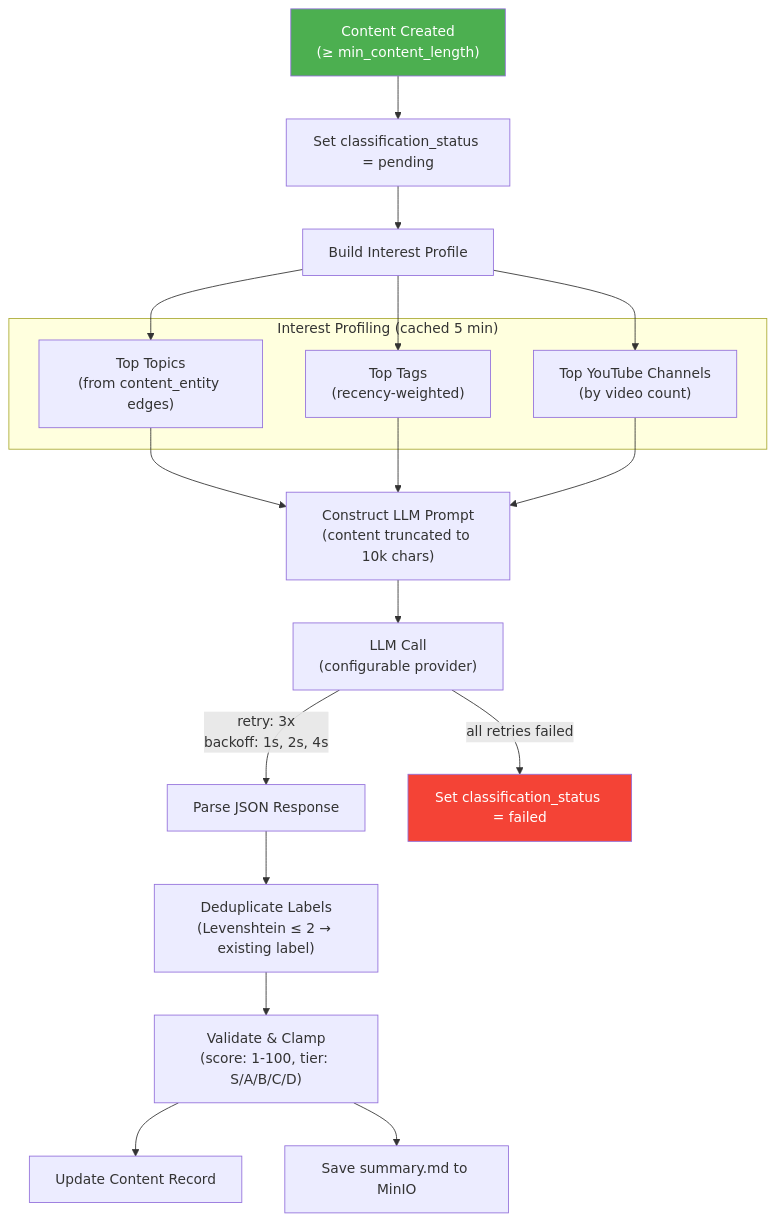
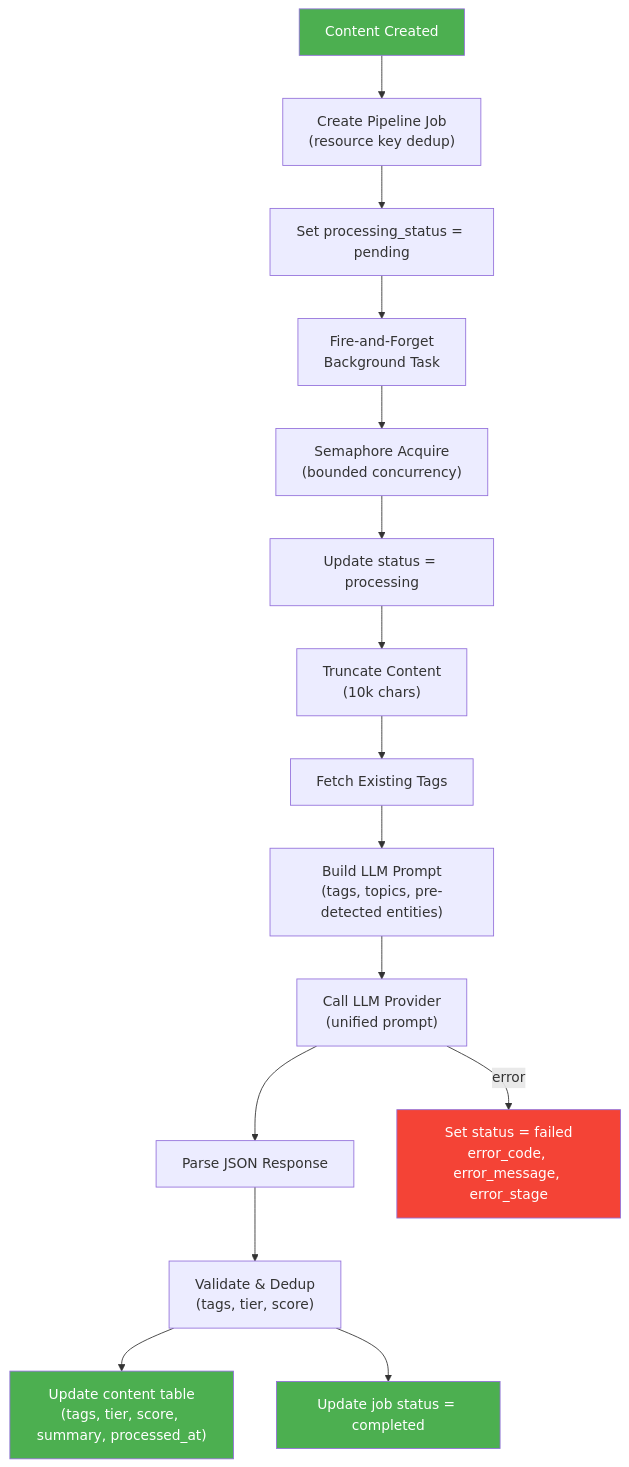
One commit to ilude/menos changed the eighth of 9 diagrams in docs/ingest-pipeline.md. Above: the diagram before and after it, drawn with Mermaid. The commit also changed other lines of this file and 46 other files, not shown here.

````diff
--- a/docs/ingest-pipeline.md
+++ b/docs/ingest-pipeline.md
@@ -203,27 +202,26 @@
 ```mermaid
 flowchart TD
-    TRIGGER["Content Created\n(≥ min_content_length)"] --> STATUS["Set classification_status = pending"]
-    STATUS --> PROFILE["Build Interest Profile"]
+    TRIGGER["Content Created"] --> SUBMIT["Create Pipeline Job\n(resource key dedup)"]
+    SUBMIT --> STATUS["Set processing_status = pending"]
+    STATUS --> BG["Fire-and-Forget\nBackground Task"]
 
-    subgraph Profile["Interest Profiling (cached 5 min)"]
-        TOPICS["Top Topics\n(from content_entity edges)"]
-        TAGS["Top Tags\n(recency-weighted)"]
-        CHANNELS["Top YouTube Channels\n(by video count)"]
-    end
+    BG --> SEM["Semaphore Acquire\n(bounded concurrency)"]
+    SEM --> PROCESSING["Update status = processing"]
+    PROCESSING --> TRUNCATE["Truncate Content\n(10k chars)"]
+    TRUNCATE --> TAGS["Fetch Existing Tags"]
+    TAGS --> PROMPT["Build LLM Prompt\n(tags, topics, pre-detected entities)"]
 
-    PROFILE --> TOPICS & TAGS & CHANNELS
-    TOPICS & TAGS & CHANNELS --> PROMPT["Construct LLM Prompt\n(content truncated to 10k chars)"]
+    PROMPT --> LLM["Call LLM Provider\n(unified prompt)"]
+    LLM --> PARSE["Parse JSON Response"]
 
-    PROMPT --> LLM["LLM Call\n(configurable provider)"]
-    LLM -->|"retry: 3x\nbackoff: 1s, 2s, 4s"| PARSE["Parse JSON Response"]
+    PARSE --> VALIDATE["Validate & Dedup\n(tags, tier, score)"]
+    VALIDATE --> SAVE_CONTENT["Update content table\n(tags, tier, score, summary, processed_at)"]
+    VALIDATE --> SAVE_JOB["Update job status = completed"]
 
-    PARSE --> DEDUP["Deduplicate Labels\n(Levenshtein ≤ 2 → existing label)"]
-    DEDUP --> CLAMP["Validate & Clamp\n(score: 1-100, tier: S/A/B/C/D)"]
-    CLAMP --> SAVE["Update Content Record"]
-    CLAMP --> SUMMARY["Save summary.md to MinIO"]
-
-    LLM -->|"all retries failed"| FAIL["Set classification_status = failed"]
+    LLM -->|"error"| FAIL["Set status = failed\nerror_code, error_message, error_stage"]
 
     style TRIGGER fill:#4caf50,color:#fff
     style FAIL fill:#f44336,color:#fff
+    style SAVE_CONTENT fill:#4caf50,color:#fff
+    style SAVE_JOB fill:#4caf50,color:#fff
 ```
````
